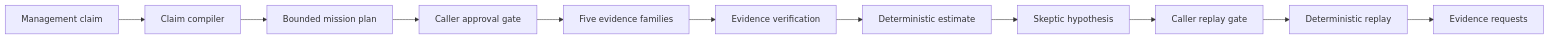
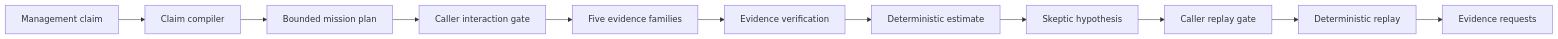
One commit to 0xWeakSheep/lrwa-agent changed the diagram in METHODOLOGY.md. Above: the diagram before and after it, drawn with Mermaid. The commit also changed other lines of this file and 9 other files, not shown here.

````diff
--- a/METHODOLOGY.md
+++ b/METHODOLOGY.md
@@ -22,13 +22,13 @@
 ```mermaid
 flowchart LR
   A["Management claim"] --> B["Claim compiler"]
   B --> C["Bounded mission plan"]
-  C --> D["Caller approval gate"]
+  C --> D["Caller interaction gate"]
   D --> E["Five evidence families"]
   E --> F["Evidence verification"]
   F --> G["Deterministic estimate"]
   G --> H["Skeptic hypothesis"]
   H --> I["Caller replay gate"]
   I --> J["Deterministic replay"]
   J --> K["Evidence requests"]
 ```
````
